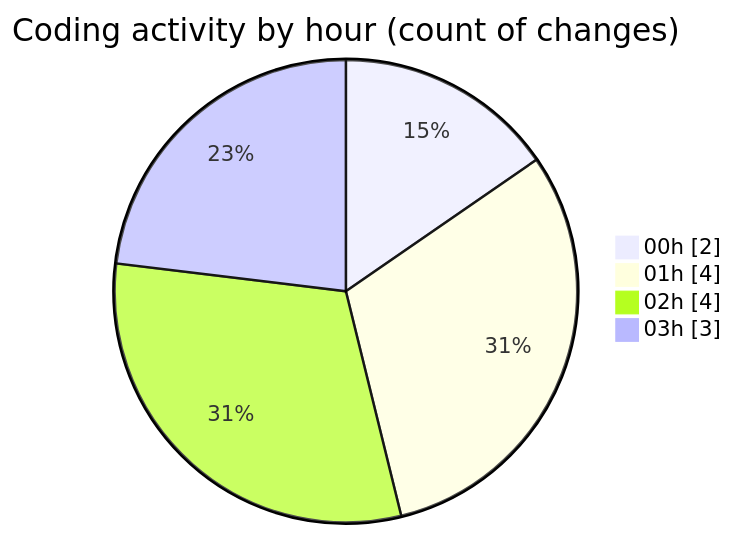
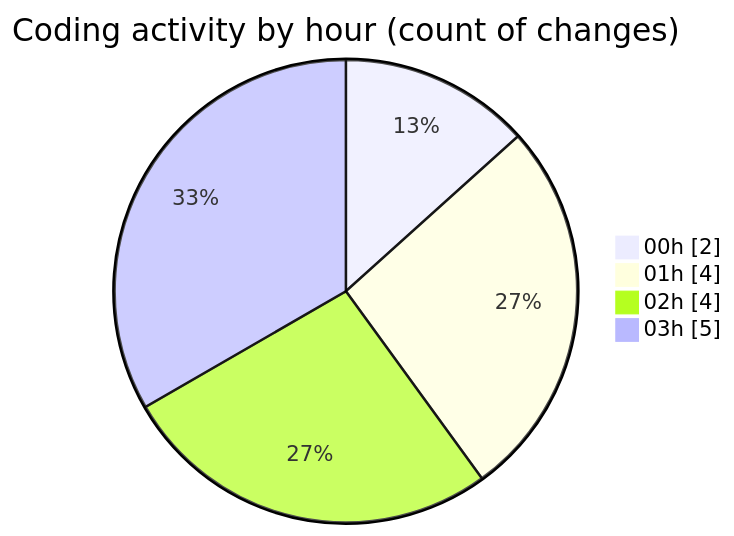
Before and after one commit to lephambinh05/code-tracking: the second of 2 diagrams in 2025-08-08/studybuddy/README.md, drawn with Mermaid. The commit also changed other lines of this file and 1 other file, not shown here.

````diff
--- a/2025-08-08/studybuddy/README.md
+++ b/2025-08-08/studybuddy/README.md
@@ -35,8 +35,8 @@
 ```mermaid
 pie showData
 title Coding activity by hour (count of changes)
 "00h" : 2
 "01h" : 4
 "02h" : 4
-"03h" : 3
+"03h" : 5
 ```
````
